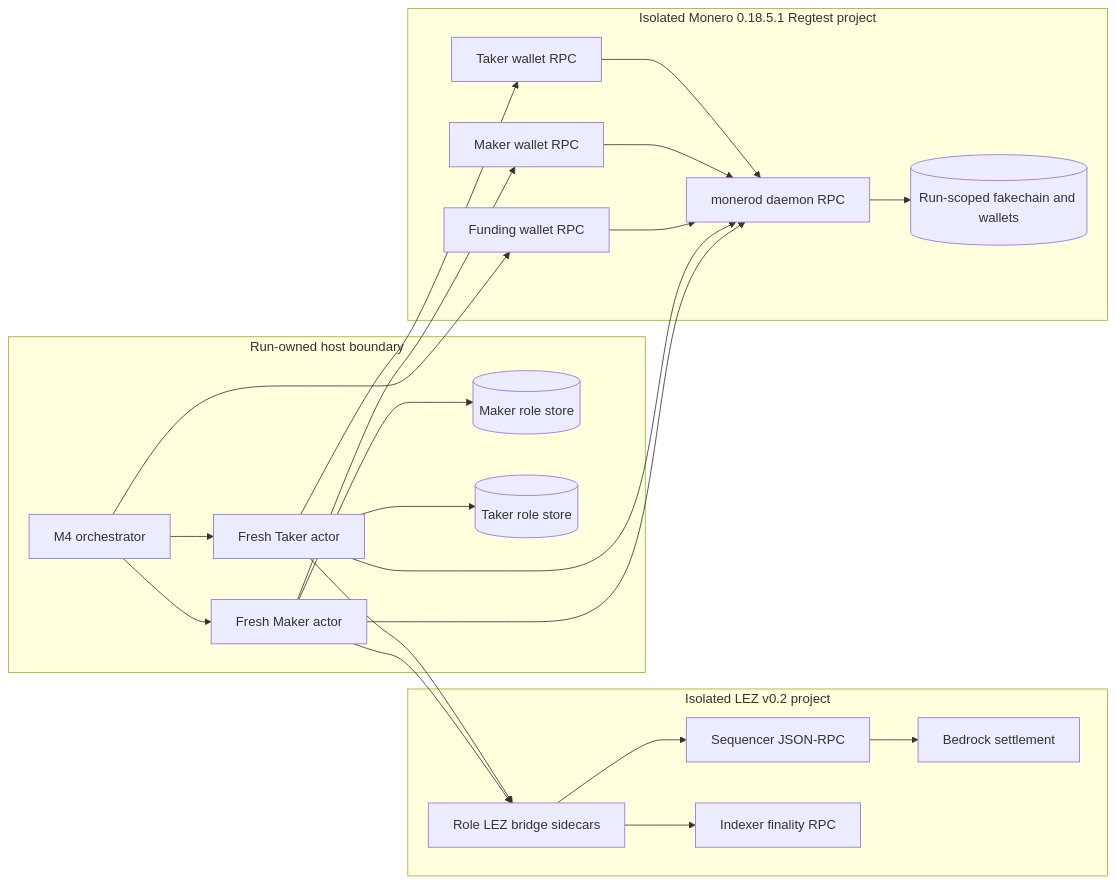
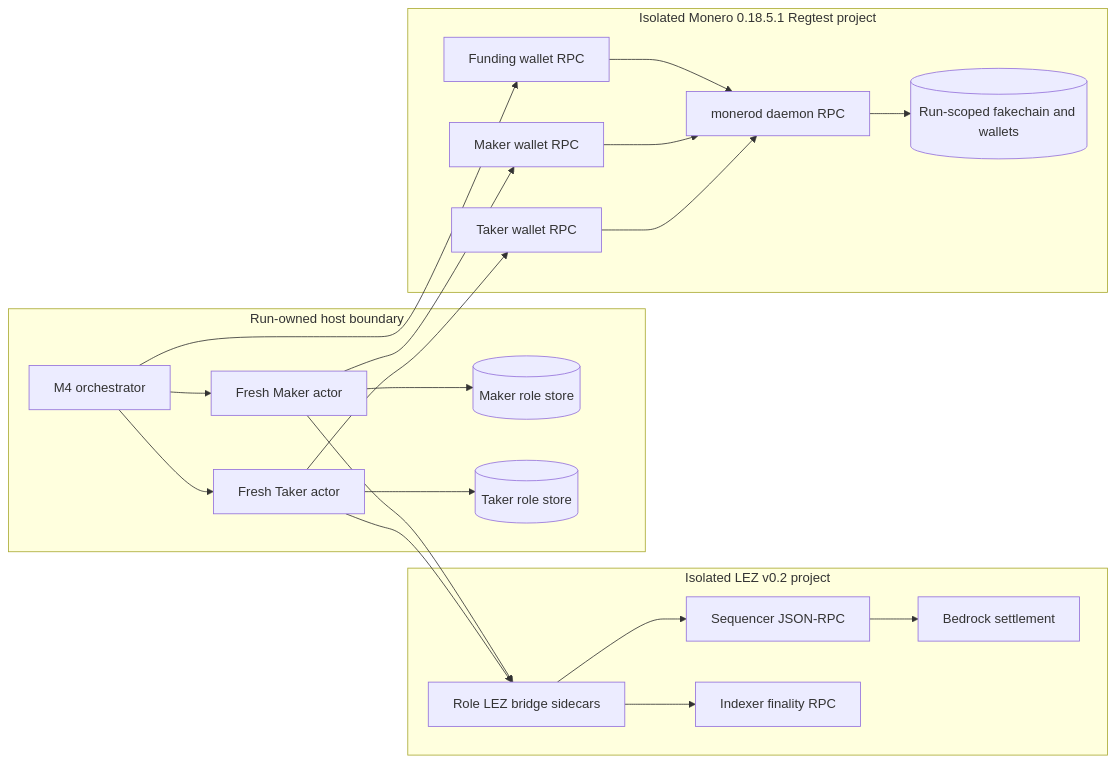
One commit to gateway-fm/lez-atomic-swaps changed the third of 4 diagrams in docs/architecture/0053-enter-m4-through-isolated-monero-regtest.md. Above: the diagram before and after it, drawn with Mermaid. The commit also changed other lines of this file and 15 other files, not shown here.

````diff
--- a/docs/architecture/0053-enter-m4-through-isolated-monero-regtest.md
+++ b/docs/architecture/0053-enter-m4-through-isolated-monero-regtest.md
@@ -70,44 +181,42 @@
 ```mermaid
 flowchart LR
     subgraph Host["Run-owned host boundary"]
         Run["M4 orchestrator"]
         Maker["Fresh Maker actor"]
         Taker["Fresh Taker actor"]
         MakerDb[("Maker role store")]
         TakerDb[("Taker role store")]
     end
 
     subgraph Lez["Isolated LEZ v0.2 project"]
         Bridge["Role LEZ bridge sidecars"]
         Sequencer["Sequencer JSON-RPC"]
         Indexer["Indexer finality RPC"]
         Bedrock["Bedrock settlement"]
     end
 
     subgraph Xmr["Isolated Monero 0.18.5.1 Regtest project"]
         Daemon["monerod daemon RPC"]
         FundingWallet["Funding wallet RPC"]
         MakerWallet["Maker wallet RPC"]
         TakerWallet["Taker wallet RPC"]
         XmrState[("Run-scoped fakechain and wallets")]
     end
 
     Run --> Maker
     Run --> Taker
     Maker --> MakerDb
     Taker --> TakerDb
     Maker --> Bridge
     Taker --> Bridge
     Bridge --> Sequencer
     Bridge --> Indexer
     Sequencer --> Bedrock
-    Maker --> Daemon
-    Taker --> Daemon
     Maker --> MakerWallet
     Taker --> TakerWallet
     Run --> FundingWallet
     FundingWallet --> Daemon
     MakerWallet --> Daemon
     TakerWallet --> Daemon
     Daemon --> XmrState
 ```
````
